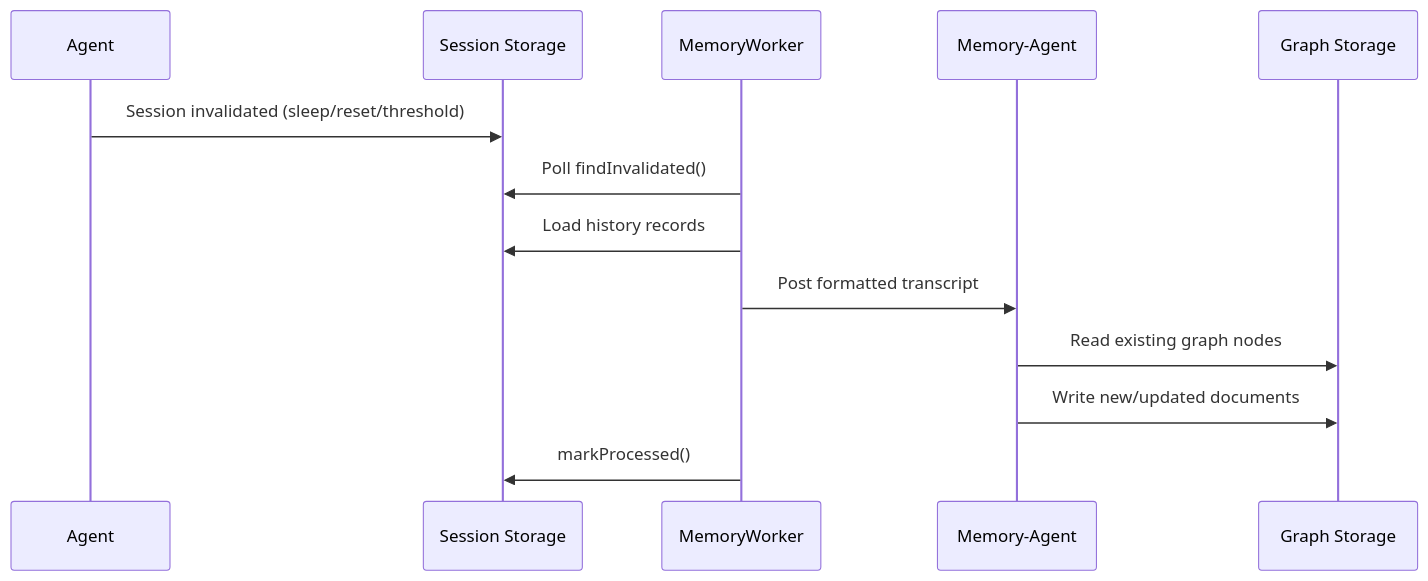
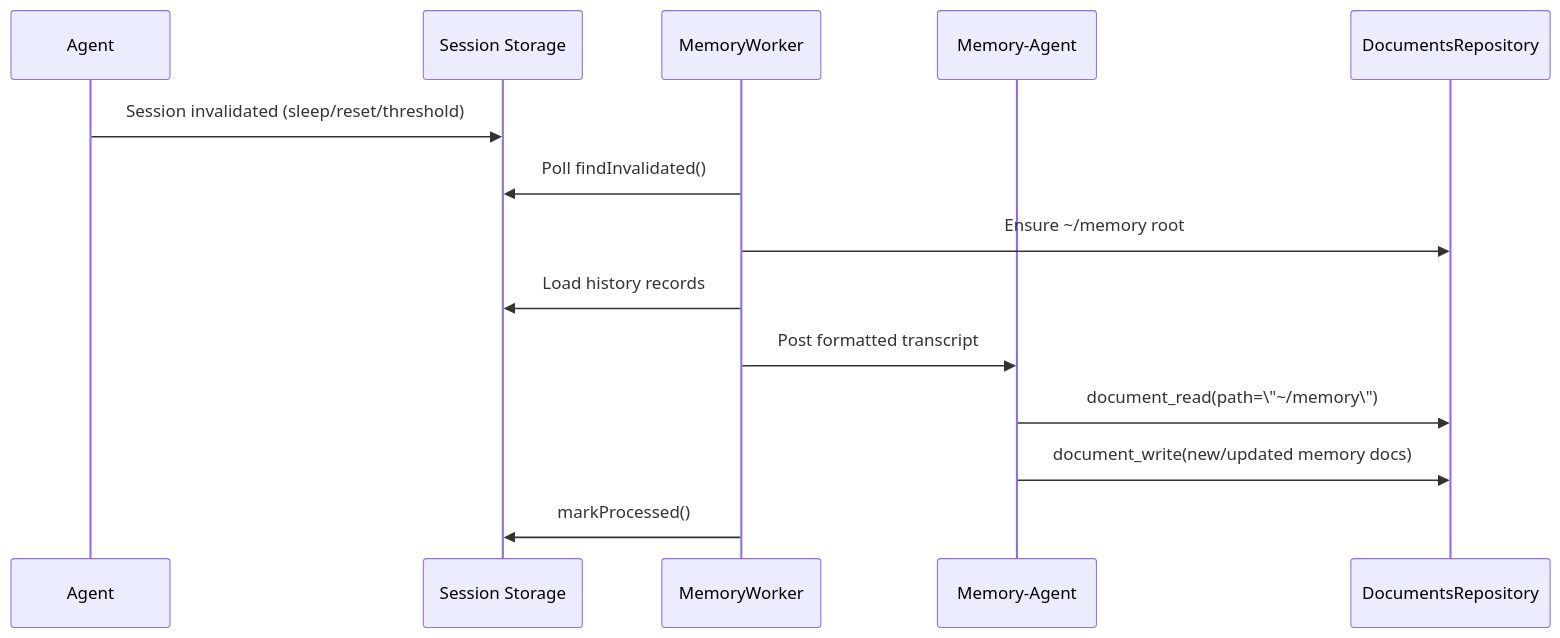
Before and after one commit to ex3ndr/daycare: the diagram in doc/concepts/memory.md, drawn with Mermaid. The commit also changed other lines of this file and 51 other files, not shown here.

Commit message:
feat(memory): migrate graph memory to document tools

````diff
--- a/doc/concepts/memory.md
+++ b/doc/concepts/memory.md
@@ -7,16 +7,17 @@
 ```mermaid
 sequenceDiagram
     participant A as Agent
     participant S as Session Storage
     participant MW as MemoryWorker
     participant MA as Memory-Agent
-    participant G as Graph Storage
+    participant D as DocumentsRepository
 
     A->>S: Session invalidated (sleep/reset/threshold)
     MW->>S: Poll findInvalidated()
+    MW->>D: Ensure ~/memory root
     MW->>S: Load history records
     MW->>MA: Post formatted transcript
-    MA->>G: Read existing graph nodes
-    MA->>G: Write new/updated documents
+    MA->>D: document_read(path=\"~/memory\")
+    MA->>D: document_write(new/updated memory docs)
     MW->>S: markProcessed()
 ```
````
